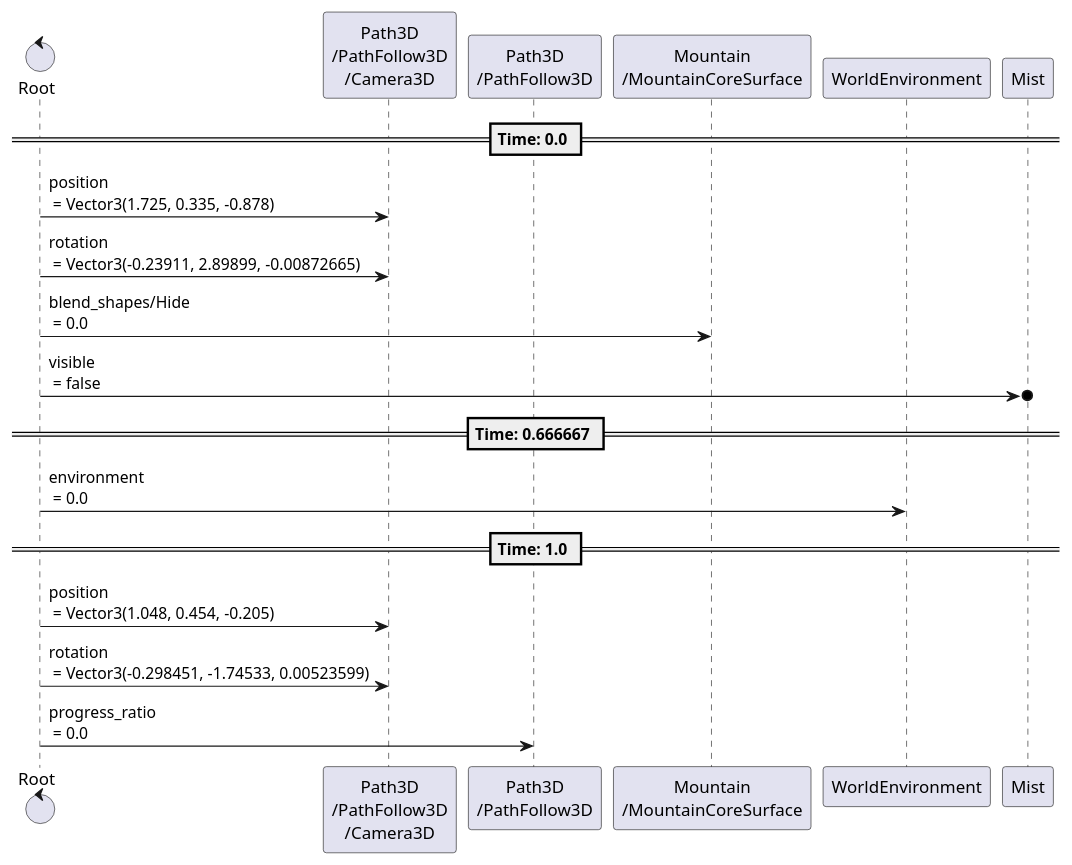
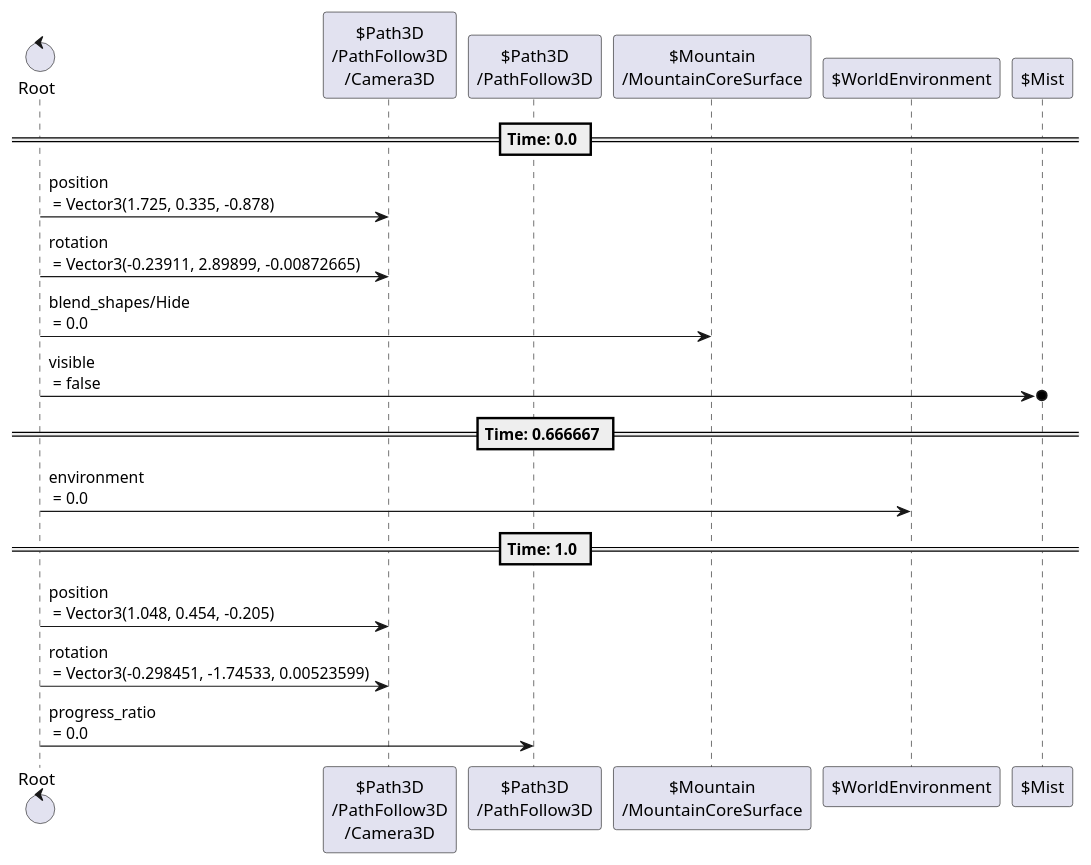
Before and after one commit to tkmfujise/Platformer-Game-Learning: the eighth of 23 diagrams in content/scenes/src/world/world.tscn.adoc, drawn with PlantUML. The commit also changed other lines of this file and 31 other files, not shown here.

Commit message:
Add prefix $ to node name in animation sequences

```diff
--- a/content/scenes/src/world/world.tscn.adoc
+++ b/content/scenes/src/world/world.tscn.adoc
@@ -276,25 +276,25 @@
 [plantuml]
 ....
-control "Root" as Root
-participant "Path3D\n/PathFollow3D\n/Camera3D" as T0
-participant "Path3D\n/PathFollow3D" as T2
-participant "Mountain\n/MountainCoreSurface" as T3
-participant "WorldEnvironment" as T4
-participant "Mist" as T5
+control "Root" as R
+participant "$Path3D\n/PathFollow3D\n/Camera3D" as T0
+participant "$Path3D\n/PathFollow3D" as T2
+participant "$Mountain\n/MountainCoreSurface" as T3
+participant "$WorldEnvironment" as T4
+participant "$Mist" as T5
 
 
 
 == Time: 0.0 ==
-Root  ->  T0 : position\n = Vector3(1.725, 0.335, -0.878)
-Root  ->  T0 : rotation\n = Vector3(-0.23911, 2.89899, -0.00872665)
-Root  ->  T3 : blend_shapes/Hide\n = 0.0
-Root  ->o  T5 : visible\n = false
+R  ->  T0 : position\n = Vector3(1.725, 0.335, -0.878)
+R  ->  T0 : rotation\n = Vector3(-0.23911, 2.89899, -0.00872665)
+R  ->  T3 : blend_shapes/Hide\n = 0.0
+R  ->o  T5 : visible\n = false
 == Time: 0.666667 ==
-Root  ->  T4 : environment\n = 0.0
+R  ->  T4 : environment\n = 0.0
 == Time: 1.0 ==
-Root  ->  T0 : position\n = Vector3(1.048, 0.454, -0.205)
-Root  ->  T0 : rotation\n = Vector3(-0.298451, -1.74533, 0.00523599)
-Root  ->  T2 : progress_ratio\n = 0.0
+R  ->  T0 : position\n = Vector3(1.048, 0.454, -0.205)
+R  ->  T0 : rotation\n = Vector3(-0.298451, -1.74533, 0.00523599)
+R  ->  T2 : progress_ratio\n = 0.0
 
 
 ....
```
